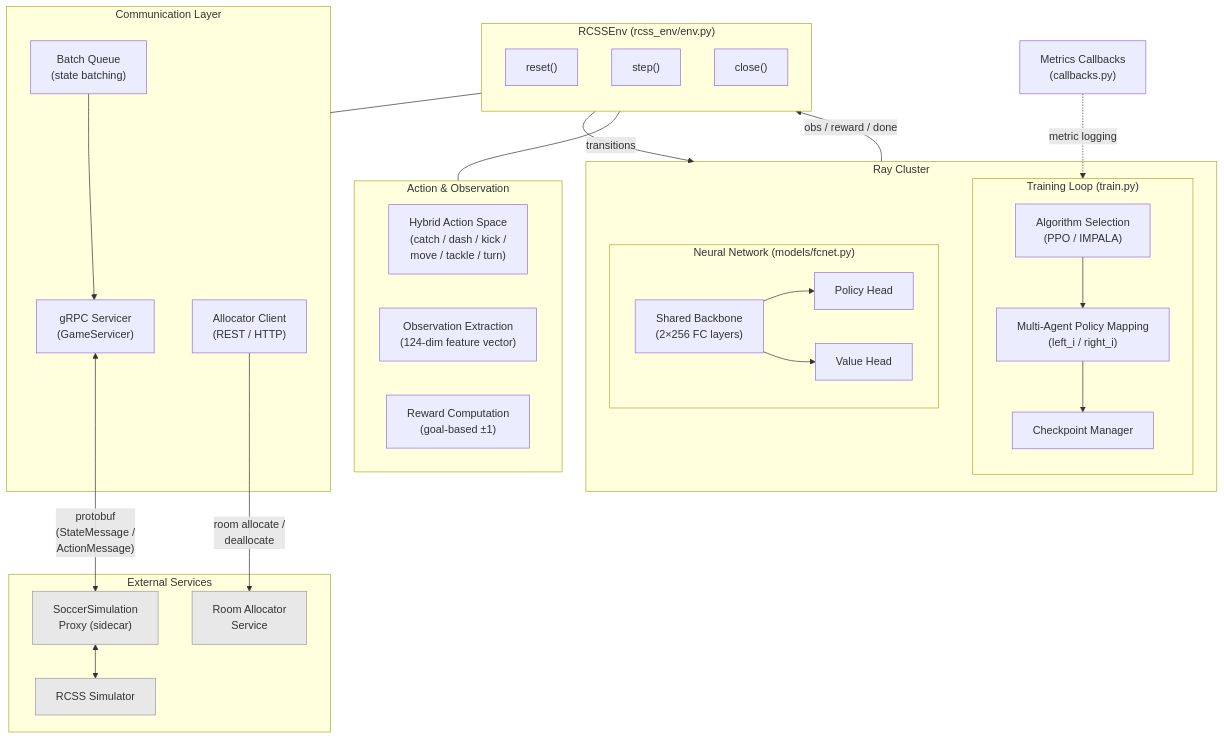
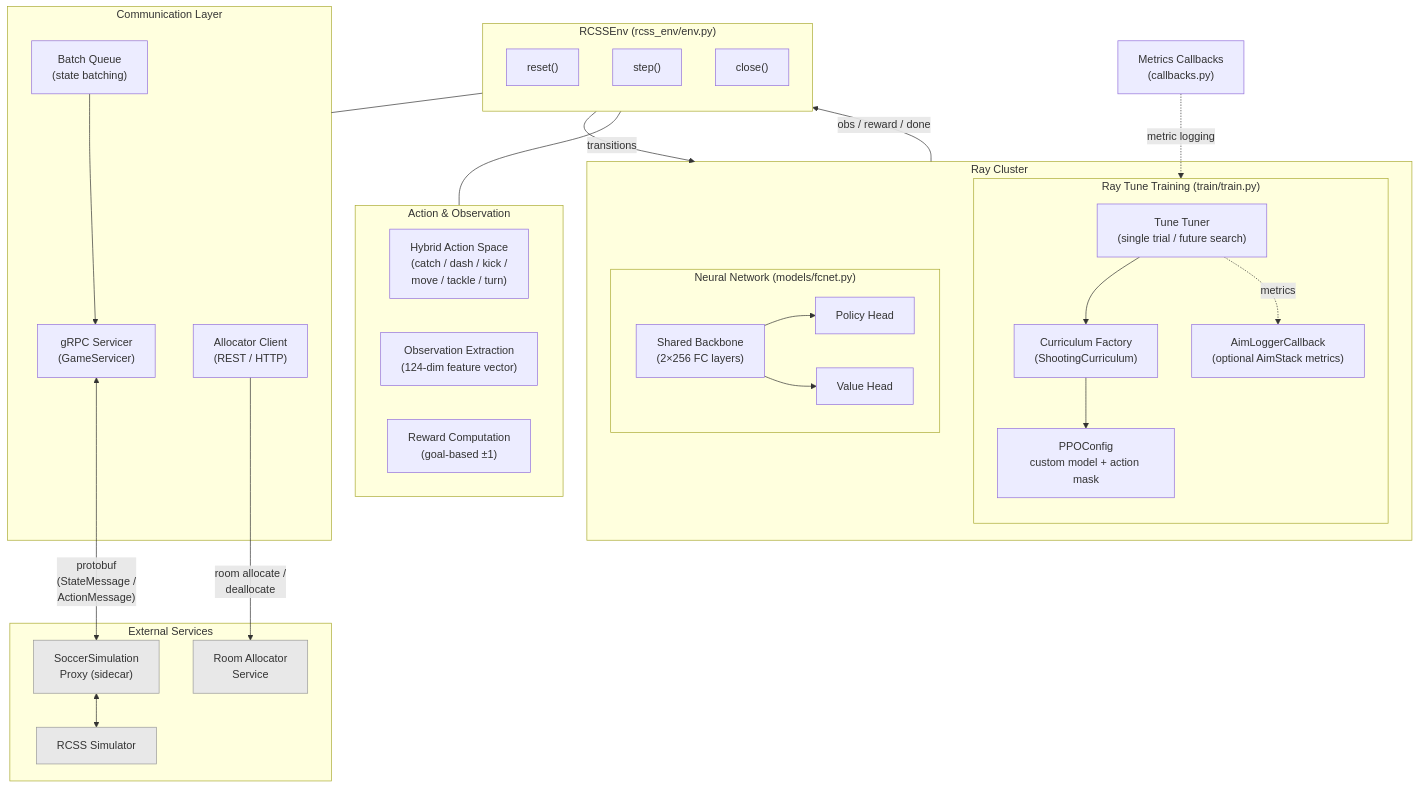
The diagram in README.md (EnricLiu/rcss-rl-ray), drawn with Mermaid before and after one commit. The commit also changed other lines of this file and 13 other files, not shown here.

Commit message:
feat(train): enhance training configuration with curriculum parameters and refactor environment setup

````diff
--- a/README.md
+++ b/README.md
@@ -8,64 +8,66 @@
 ```mermaid
 flowchart TB
-    subgraph Training ["Training Loop (train.py)"]
+    subgraph Training ["Ray Tune Training (train/train.py)"]
         direction TB
-        AlgoSelect["Algorithm Selection\n(PPO / IMPALA)"]
-        PolicyMap["Multi-Agent Policy Mapping\n(left_i / right_i)"]
-        Checkpoint["Checkpoint Manager"]
-        AlgoSelect --> PolicyMap --> Checkpoint
+        Tune["Tune Tuner\n(single trial / future search)"]
+        Curriculum["Curriculum Factory\n(ShootingCurriculum)"]
+        PPO["PPOConfig\ncustom model + action mask"]
+        Aim["AimLoggerCallback\n(optional AimStack metrics)"]
+        Tune --> Curriculum --> PPO
+        Tune -. metrics .-> Aim
     end
 
     subgraph Model ["Neural Network (models/fcnet.py)"]
         Backbone["Shared Backbone\n(2×256 FC layers)"]
         PolicyHead["Policy Head"]
         ValueHead["Value Head"]
         Backbone --> PolicyHead
         Backbone --> ValueHead
     end
 
     subgraph Env ["RCSSEnv (rcss_env/env.py)"]
         direction TB
         Reset["reset()"]
         Step["step()"]
         Close["close()"]
     end
 
     subgraph ActionObs ["Action & Observation"]
         Action["Hybrid Action Space\n(catch / dash / kick /\nmove / tackle / turn)"]
         Obs["Observation Extraction\n(124-dim feature vector)"]
         Reward["Reward Computation\n(goal-based ±1)"]
     end
 
     subgraph Comm ["Communication Layer"]
         gRPC["gRPC Servicer\n(GameServicer)"]
         BatchQ["Batch Queue\n(state batching)"]
         Alloc["Allocator Client\n(REST / HTTP)"]
     end
 
     subgraph External ["External Services"]
         Proxy["SoccerSimulation\nProxy (sidecar)"]
         AllocSrv["Room Allocator\nService"]
         RCSS["RCSS Simulator"]
     end
 
     subgraph RayCluster ["Ray Cluster"]
         Training
         Model
     end
 
     Callbacks["Metrics Callbacks\n(callbacks.py)"]
 
     RayCluster -- "obs / reward / done" --> Env
     Env -- "transitions" --> RayCluster
     Env --- ActionObs
     Env --- Comm
     Callbacks -. "metric logging" .-> Training
 
     gRPC <--> |"protobuf\n(StateMessage /\nActionMessage)"| Proxy
     BatchQ --> gRPC
     Alloc -- "room allocate /\ndeallocate" --> AllocSrv
     Proxy <--> RCSS
 
     classDef external fill:#e8e8e8,stroke:#999
     class Proxy,AllocSrv,RCSS external
 ```
````
